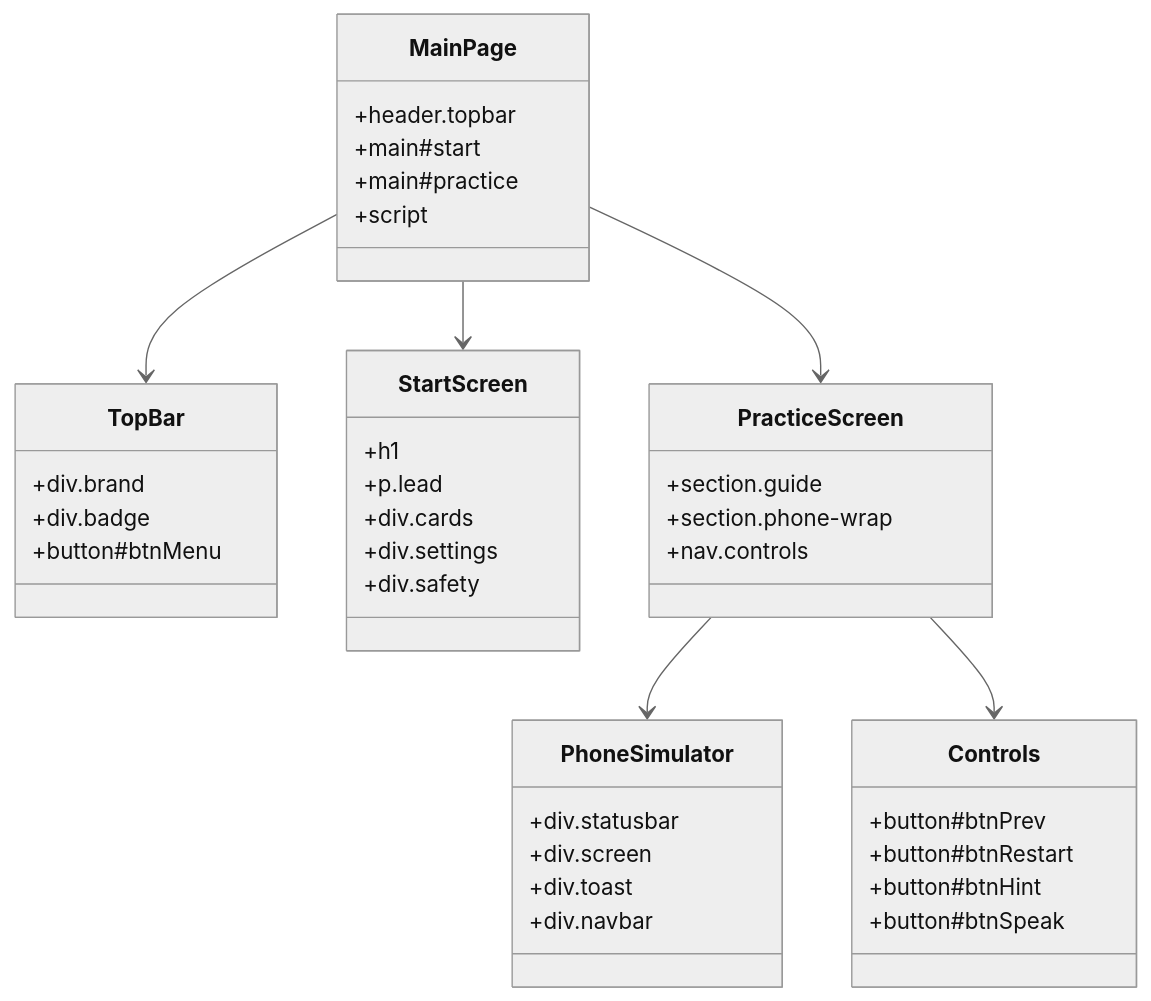
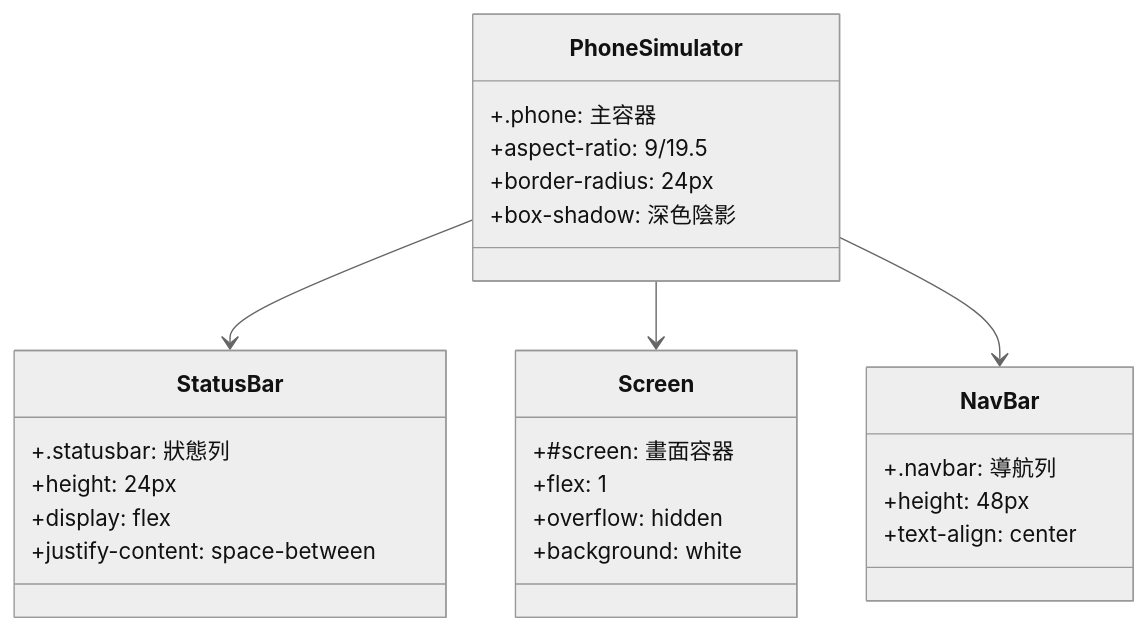
The eighth of 17 diagrams in index.md (cuteman0725/phone-practice), drawn with Mermaid (neutral theme) before and after one commit. The commit also changed other lines of this file and 8 other files, not shown here.

````diff
--- a/index.md
+++ b/index.md
@@ -56,49 +241,33 @@
 ```mermaid
 classDiagram
-    class MainPage {
-        +header.topbar
-        +main#start
-        +main#practice
-        +script
+    class PhoneSimulator {
+        +.phone: 主容器
+        +aspect-ratio: 9/19.5
+        +border-radius: 24px
+        +box-shadow: 深色陰影
     }
     
-    class TopBar {
-        +div.brand
-        +div.badge
-        +button#btnMenu
+    class StatusBar {
+        +.statusbar: 狀態列
+        +height: 24px
+        +display: flex
+        +justify-content: space-between
     }
     
-    class StartScreen {
-        +h1
-        +p.lead
-        +div.cards
-        +div.settings
-        +div.safety
+    class Screen {
+        +#screen: 畫面容器
+        +flex: 1
+        +overflow: hidden
+        +background: white
     }
     
-    class PracticeScreen {
-        +section.guide
-        +section.phone-wrap
-        +nav.controls
+    class NavBar {
+        +.navbar: 導航列
+        +height: 48px
+        +text-align: center
     }
     
-    class PhoneSimulator {
-        +div.statusbar
-        +div.screen
-        +div.toast
-        +div.navbar
-    }
-    
-    class Controls {
-        +button#btnPrev
-        +button#btnRestart
-        +button#btnHint
-        +button#btnSpeak
-    }
-    
-    MainPage --> TopBar
-    MainPage --> StartScreen
-    MainPage --> PracticeScreen
-    PracticeScreen --> PhoneSimulator
-    PracticeScreen --> Controls
+    PhoneSimulator --> StatusBar
+    PhoneSimulator --> Screen
+    PhoneSimulator --> NavBar
 ```
````
